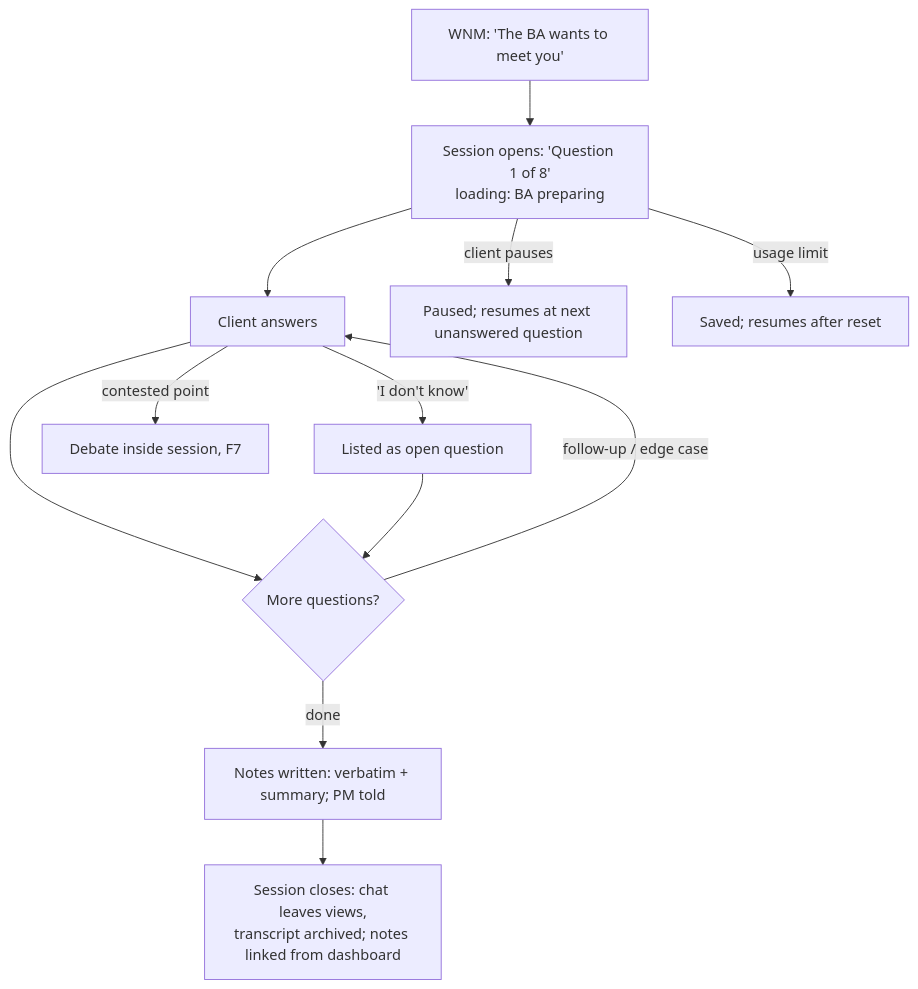
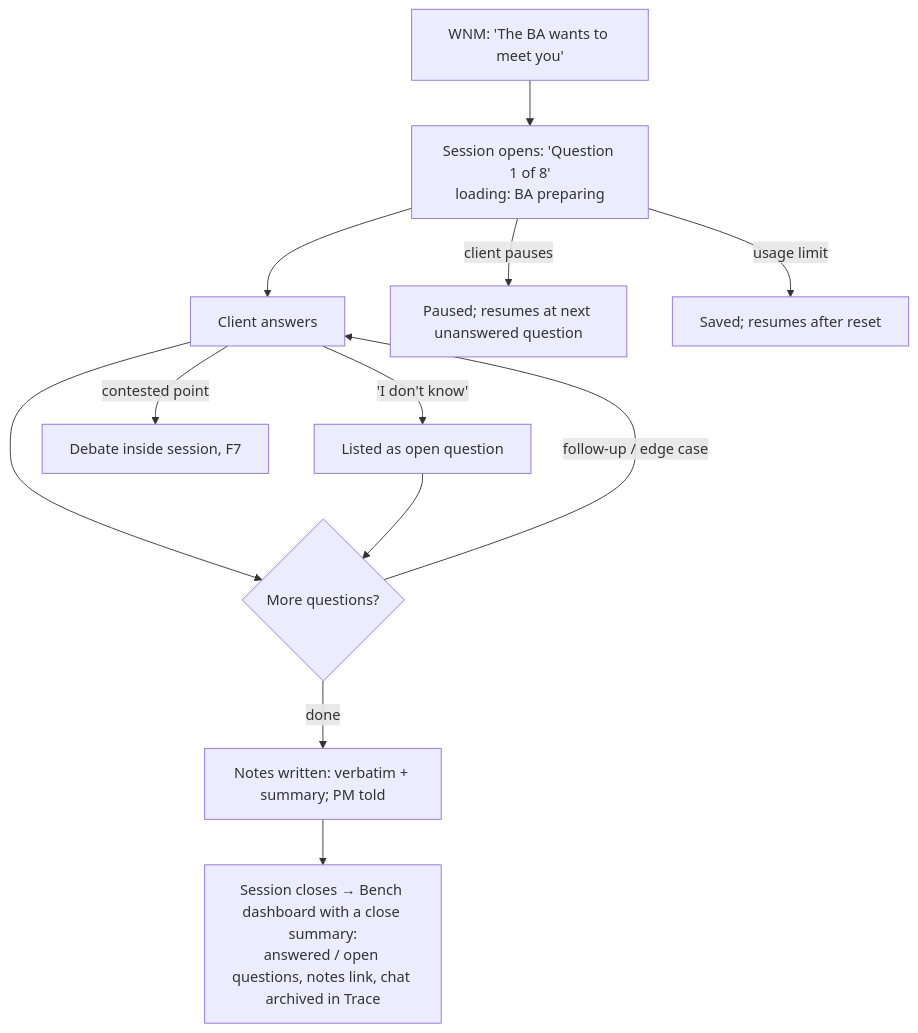
Before and after one commit to Majd-Alhakim/bench: the fourth of 11 diagrams in docs/design/ux/README.md, drawn with Mermaid. The commit also changed other lines of this file and 3 other files, not shown here.

````diff
--- a/docs/design/ux/README.md
+++ b/docs/design/ux/README.md
@@ -211,12 +215,12 @@
 ```mermaid
 flowchart TD
   A[WNM: 'The BA wants to meet you'] --> B[Session opens: 'Question 1 of 8'<br/>loading: BA preparing]
   B --> C[Client answers] --> D{More questions?}
   D -->|follow-up / edge case| C
   C -->|'I don't know'| O[Listed as open question] --> D
   C -->|contested point| DB[Debate inside session, F7]
   B -->|client pauses| PZ[Paused; resumes at next unanswered question]
   D -->|done| N[Notes written: verbatim + summary; PM told]
-  N --> CL[Session closes: chat leaves views,<br/>transcript archived; notes linked from dashboard]
+  N --> CL[Session closes → Bench dashboard with a close summary:<br/>answered / open questions, notes link, chat archived in Trace]
   B -->|usage limit| L[Saved; resumes after reset]
 ```
````
